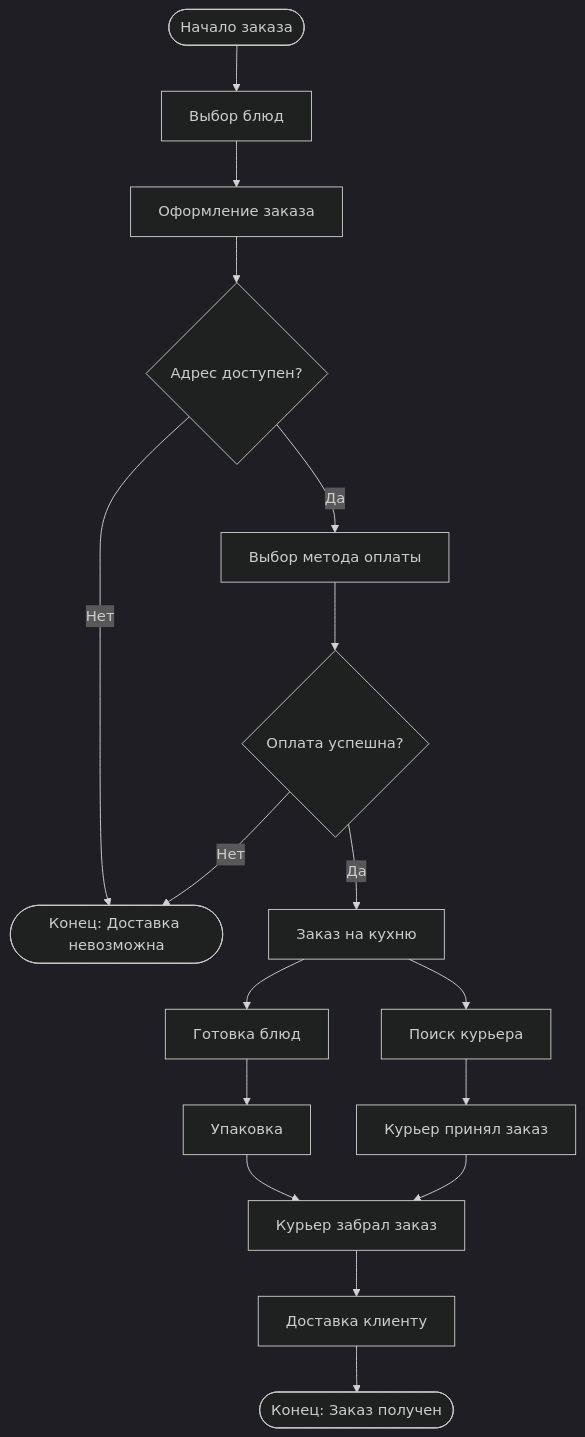
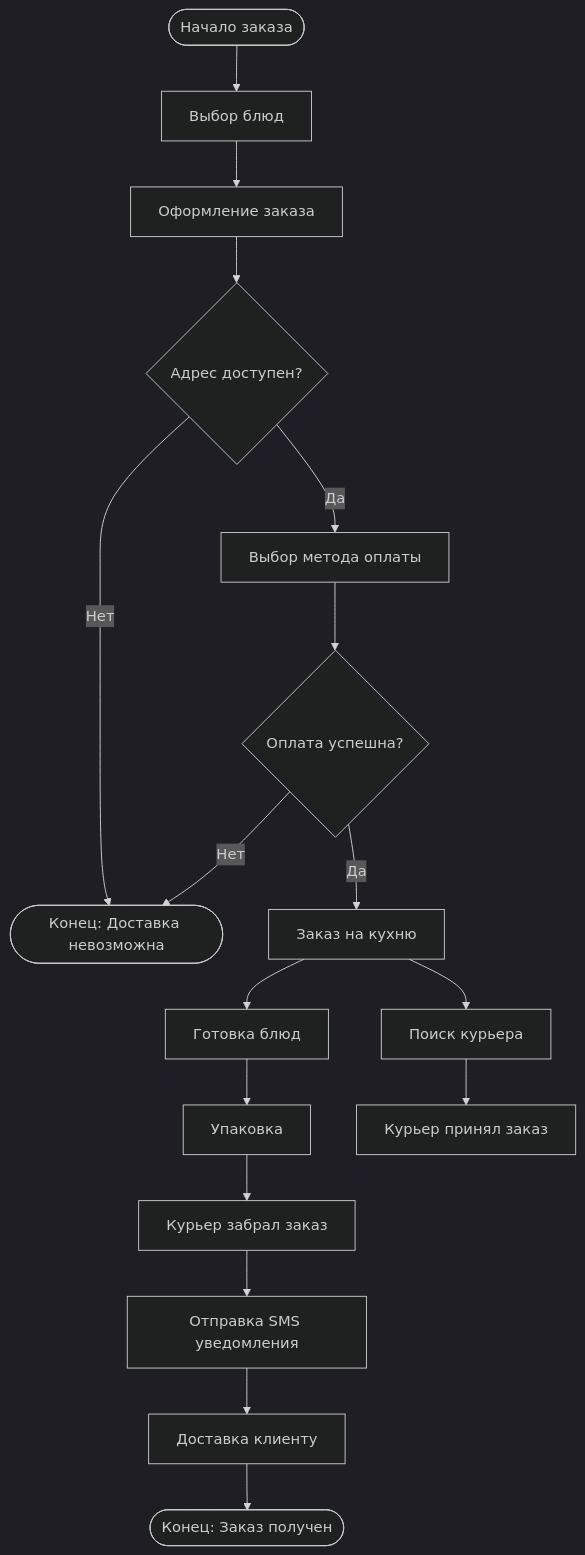
Before and after one commit to Alex-txt-b/visual-programming-labs-sirosh: the diagram in lab1/diagrams/flowchart.md, drawn with Mermaid (dark theme).

Commit message:
Update Flowchart: add minor element

````diff
--- a/lab1/diagrams/flowchart.md
+++ b/lab1/diagrams/flowchart.md
@@ -1,25 +1,25 @@
 ```mermaid
 flowchart TD
     Start([Начало заказа]) --> Choose[Выбор блюд]
     Choose --> Checkout[Оформление заказа]
     Checkout --> CheckAddr{Адрес доступен?}
     
     CheckAddr -- Нет --> EndFail([Конец: Доставка невозможна])
     CheckAddr -- Да --> SelectPay[Выбор метода оплаты]
     
     SelectPay --> ProcessPay{Оплата успешна?}
     ProcessPay -- Нет --> EndFail
     ProcessPay -- Да --> Kitchen[Заказ на кухню]
     
     Kitchen --> Prepare[Готовка блюд]
     Kitchen --> FindCourier[Поиск курьера]
     
     Prepare --> Pack[Упаковка]
     FindCourier --> Accept[Курьер принял заказ]
     
     Pack --> Take[Курьер забрал заказ]
-    Accept --> Take
+    Take --> SMS[Отправка SMS уведомления]
+    SMS --> Deliver[Доставка клиенту]
     
-    Take --> Deliver[Доставка клиенту]
     Deliver --> Done([Конец: Заказ получен])
 ```
````
